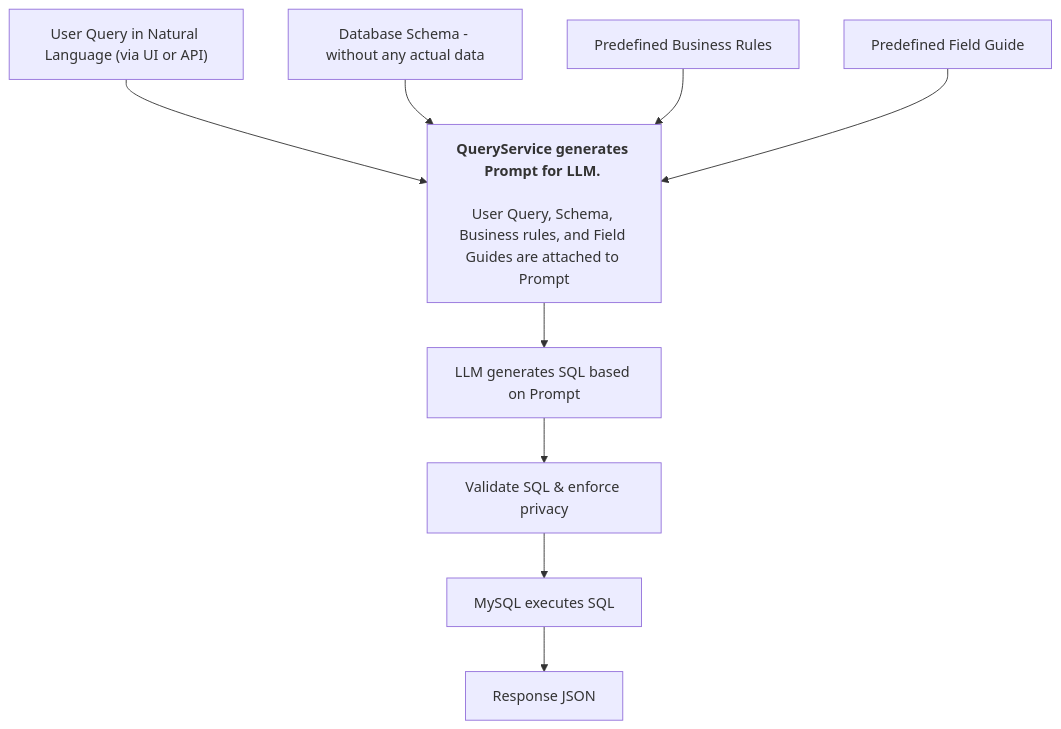
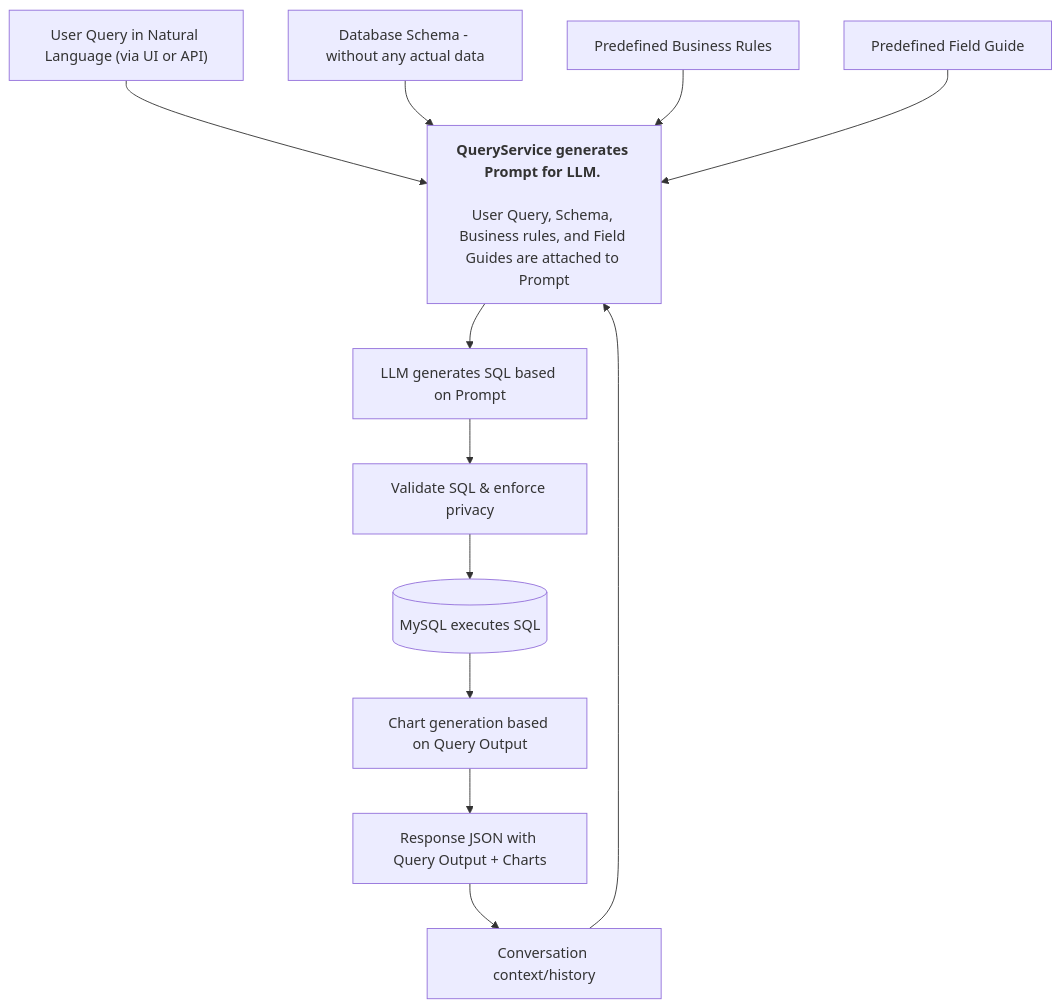
Before and after one commit to deforay/intelis-insights: the diagram in README.md, drawn with Mermaid. The commit also changed other lines of this file and 2 other files, not shown here.

Commit message:
Minor fixes and improvements

````diff
--- a/README.md
+++ b/README.md
@@ -76,11 +78,15 @@
 ```mermaid
-graph TD
+flowchart TD
   U["User Query in Natural Language (via UI or API)"] --> QS["<strong>QueryService generates Prompt for LLM.</strong> <br><br>User Query, Schema, Business rules, and Field Guides are attached to Prompt "]
   SCH["Database Schema - without any actual data"] --> QS
   BR["Predefined Business Rules"] --> QS
   FG["Predefined Field Guide"] --> QS
+  CTX[Conversation context/history] --> QS
+
   QS --> LLM["LLM generates SQL based on Prompt"]
   LLM --> VAL["Validate SQL & enforce privacy"]
-  VAL --> DB["MySQL executes SQL"]
-  DB --> RESP["Response JSON"]
+  VAL --> DB[(MySQL executes SQL)]
+  DB --> CS["Chart generation based on Query Output"]
+  CS --> RESP[Response JSON with Query Output + Charts]
+  RESP --> CTX
 ```
````
